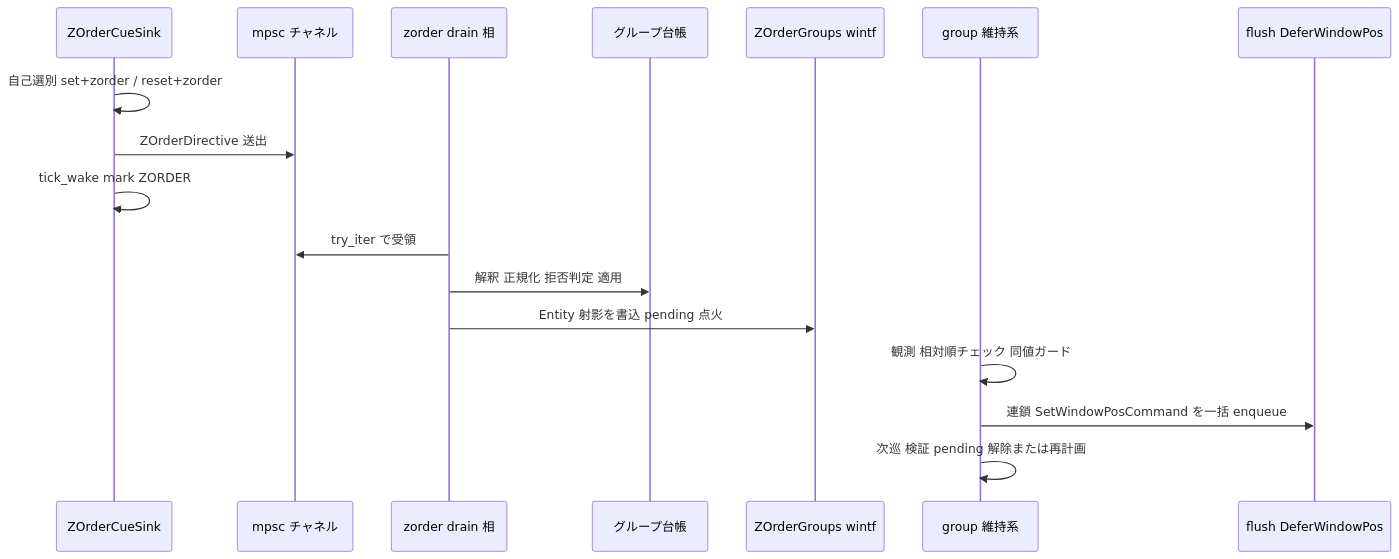
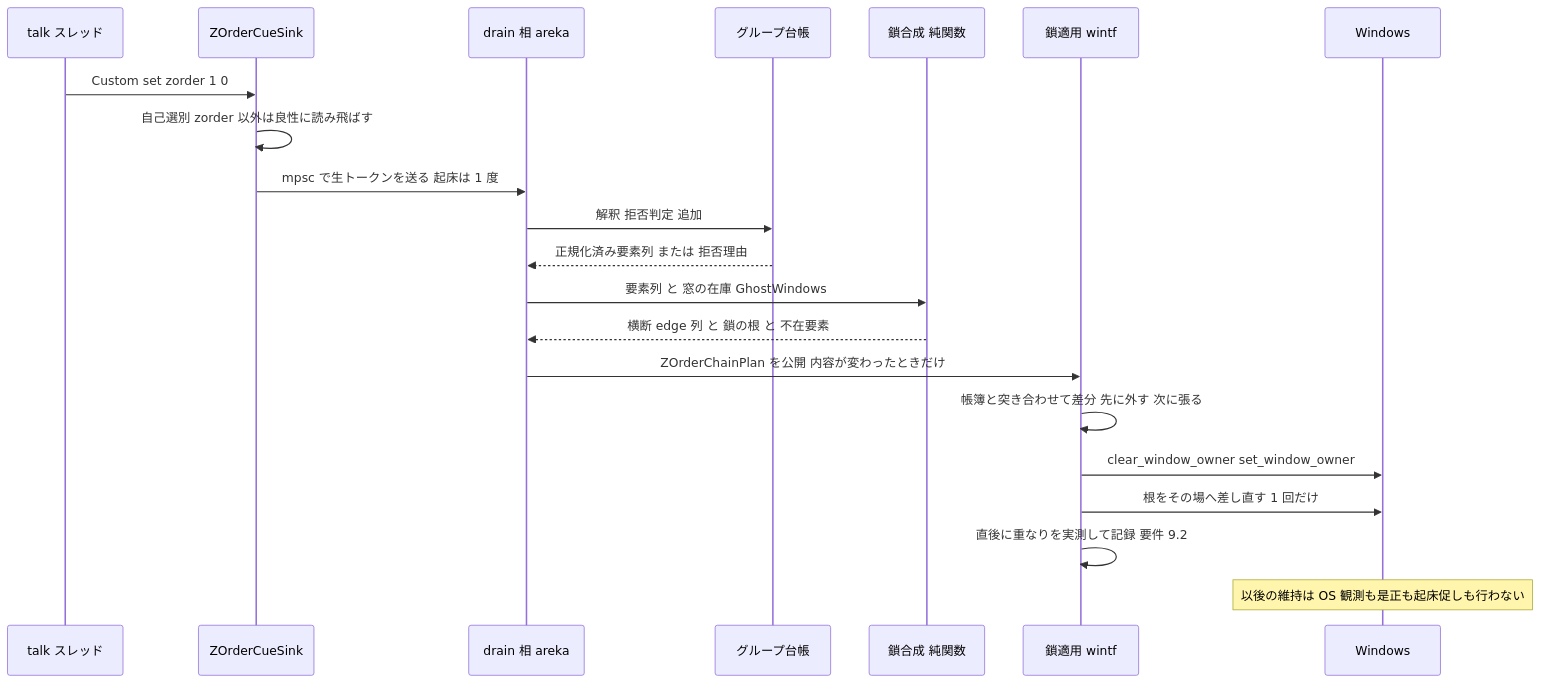
The second of 3 diagrams in .kiro/specs/areka-P0-scope-zorder-pinning/design.md (ekicyou/areka), drawn with Mermaid before and after one commit. The commit also changed other lines of this file and 4 other files, not shown here.

First line of the commit message:
docs(areka-P0-scope-zorder-pinning): generate design (design.md) — 所有の鎖・設計前実測 9 檻つき

````diff
--- a/.kiro/specs/areka-P0-scope-zorder-pinning/design.md
+++ b/.kiro/specs/areka-P0-scope-zorder-pinning/design.md
@@ -156,19 +251,24 @@
 ```mermaid
 sequenceDiagram
-    participant S as ZOrderCueSink
-    participant C as mpsc チャネル
-    participant D as zorder drain 相
-    participant L as グループ台帳
-    participant G as ZOrderGroups wintf
-    participant M as group 維持系
-    participant F as flush DeferWindowPos
-    S->>S: 自己選別 set+zorder / reset+zorder
-    S->>C: ZOrderDirective 送出
-    S->>S: tick_wake mark ZORDER
-    D->>C: try_iter で受領
-    D->>L: 解釈 正規化 拒否判定 適用
-    D->>G: Entity 射影を書込 pending 点火
-    M->>M: 観測 相対順チェック 同値ガード
-    M->>F: 連鎖 SetWindowPosCommand を一括 enqueue
-    M->>M: 次巡 検証 pending 解除または再計画
+    participant Talk as talk スレッド
+    participant Sink as ZOrderCueSink
+    participant Drain as drain 相 areka
+    participant Ledger as グループ台帳
+    participant Comp as 鎖合成 純関数
+    participant Apply as 鎖適用 wintf
+    participant OS as Windows
+
+    Talk->>Sink: Custom set zorder 1 0
+    Sink->>Sink: 自己選別 zorder 以外は良性に読み飛ばす
+    Sink->>Drain: mpsc で生トークンを送る 起床は 1 度
+    Drain->>Ledger: 解釈 拒否判定 追加
+    Ledger-->>Drain: 正規化済み要素列 または 拒否理由
+    Drain->>Comp: 要素列 と 窓の在庫 GhostWindows
+    Comp-->>Drain: 横断 edge 列 と 鎖の根 と 不在要素
+    Drain->>Apply: ZOrderChainPlan を公開 内容が変わったときだけ
+    Apply->>Apply: 帳簿と突き合わせて差分 先に外す 次に張る
+    Apply->>OS: clear_window_owner set_window_owner
+    Apply->>OS: 根をその場へ差し直す 1 回だけ
+    Apply->>Apply: 直後に重なりを実測して記録 要件 9.2
+    Note over OS: 以後の維持は OS 観測も是正も起床促しも行わない
 ```
````
